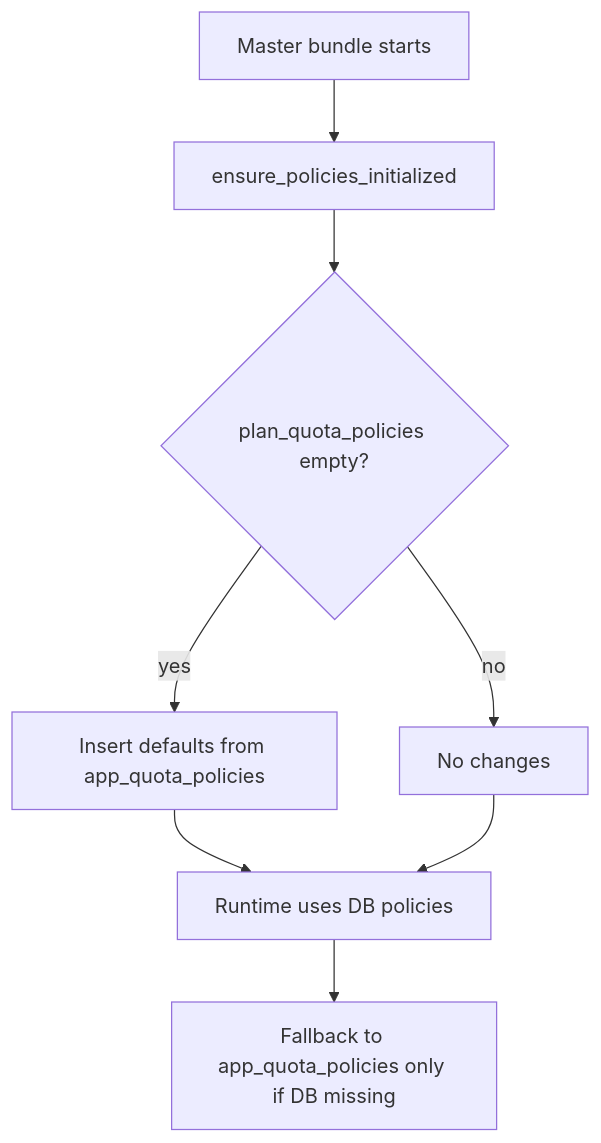
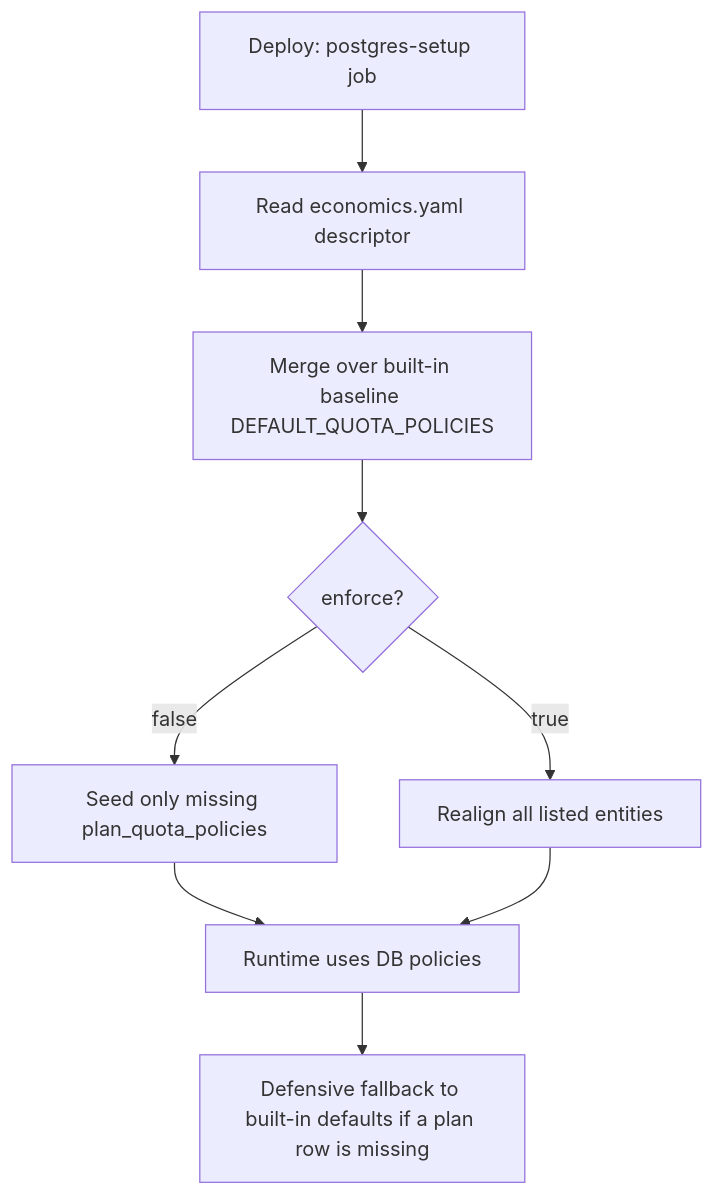
One commit to kdcube/kdcube-ai-app changed the second of 3 diagrams in app/ai-app/docs/economics/economic-README.md. Above: the diagram before and after it, drawn with Mermaid. The commit also changed other lines of this file and 18 other files, not shown here.

````diff
--- a/app/ai-app/docs/economics/economic-README.md
+++ b/app/ai-app/docs/economics/economic-README.md
@@ -152,10 +159,11 @@
 ```mermaid
 flowchart TD
-  A[Master bundle starts] --> B[ensure_policies_initialized]
-  B --> C{plan_quota_policies empty?}
-  C -- yes --> D[Insert defaults from app_quota_policies]
-  C -- no --> E[No changes]
-  D --> F[Runtime uses DB policies]
-  E --> F
-  F --> G[Fallback to app_quota_policies only if DB missing]
+  A[Deploy: postgres-setup job] --> B[Read economics.yaml descriptor]
+  B --> C[Merge over built-in baseline DEFAULT_QUOTA_POLICIES]
+  C --> D{enforce?}
+  D -- false --> E[Seed only missing plan_quota_policies]
+  D -- true --> F[Realign all listed entities]
+  E --> G[Runtime uses DB policies]
+  F --> G
+  G --> H[Defensive fallback to built-in defaults if a plan row is missing]
 ```
````
